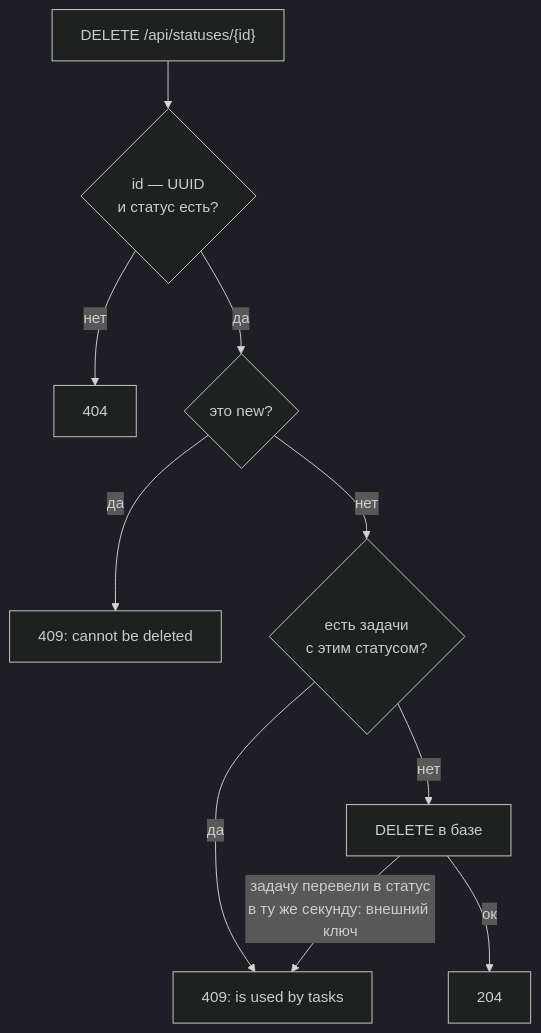
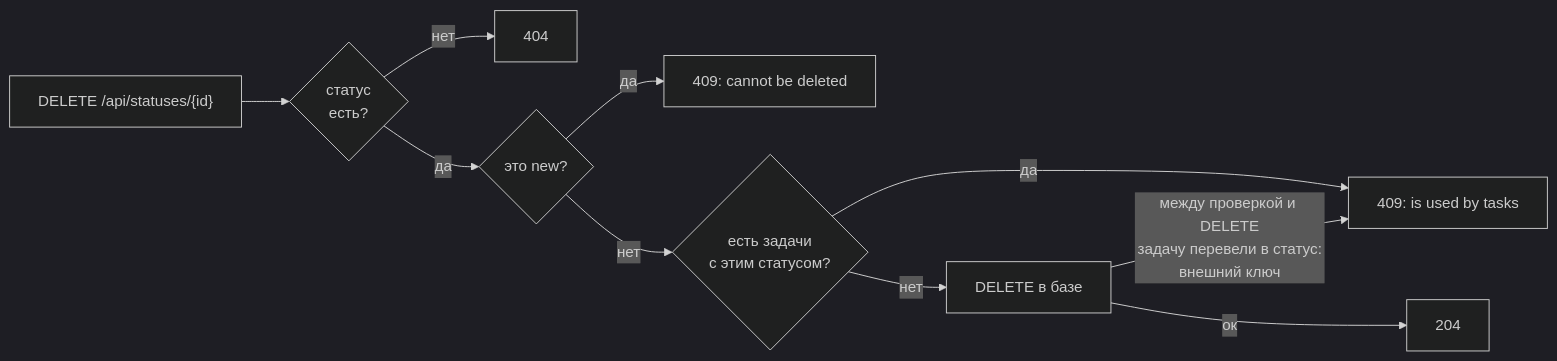
One commit to rikire/task-manager-api changed the second of 5 diagrams in README.md. Above: the diagram before and after it, drawn with Mermaid (dark theme). The commit also changed other lines of this file and 1 other file, not shown here.

````diff
--- a/README.md
+++ b/README.md
@@ -123,12 +133,12 @@
 ```mermaid
-flowchart TD
-    A["DELETE /api/statuses/{id}"] --> B{"id — UUID<br/>и статус есть?"}
+flowchart LR
+    A["DELETE /api/statuses/{id}"] --> B{"статус<br/>есть?"}
     B -- нет --> E404[404]
     B -- да --> C{"это new?"}
     C -- да --> E409a["409: cannot be deleted"]
     C -- нет --> D{"есть задачи<br/>с этим статусом?"}
     D -- да --> E409b["409: is used by tasks"]
     D -- нет --> F["DELETE в базе"]
-    F -- "задачу перевели в статус<br/>в ту же секунду: внешний ключ" --> E409b
+    F -- "между проверкой и DELETE<br/>задачу перевели в статус:<br/>внешний ключ" --> E409b
     F -- ок --> R204[204]
 ```
````
